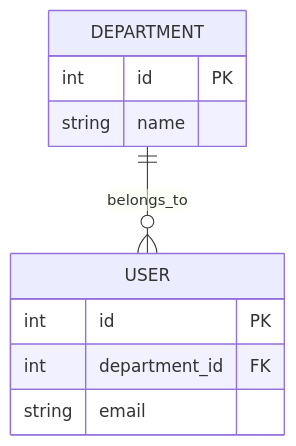
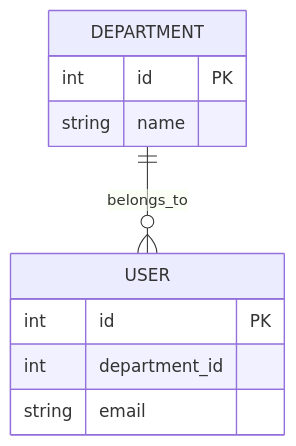
One commit to AmnO-O/CS486-Project changed the diagram in .opencode/skills/db-design-pipeline/02-erd/SKILL.md. Above: the diagram before and after it, drawn with Mermaid. The commit also changed 7 other files, not shown here.

````diff
--- a/.opencode/skills/db-design-pipeline/02-erd/SKILL.md
+++ b/.opencode/skills/db-design-pipeline/02-erd/SKILL.md
@@ -157,13 +157,13 @@
 ```mermaid
 erDiagram 
     DEPARTMENT {
         int id PK
         string name
     }
     USER {
         int id PK
-        int department_id FK
+        int department_id
         string email
     }
     DEPARTMENT ||--o{ USER : "belongs_to"
 ```
````
